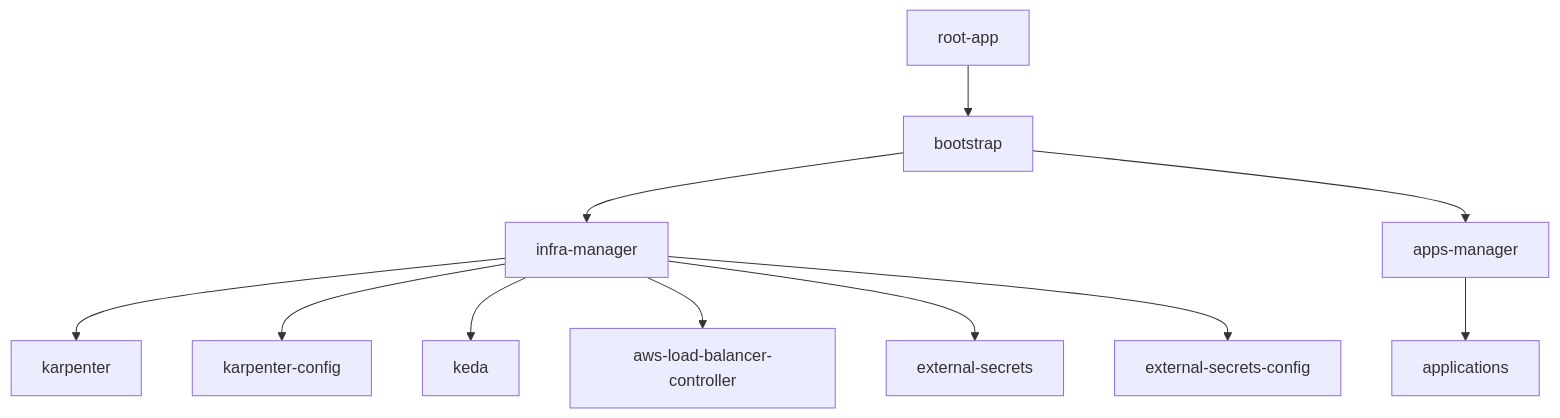
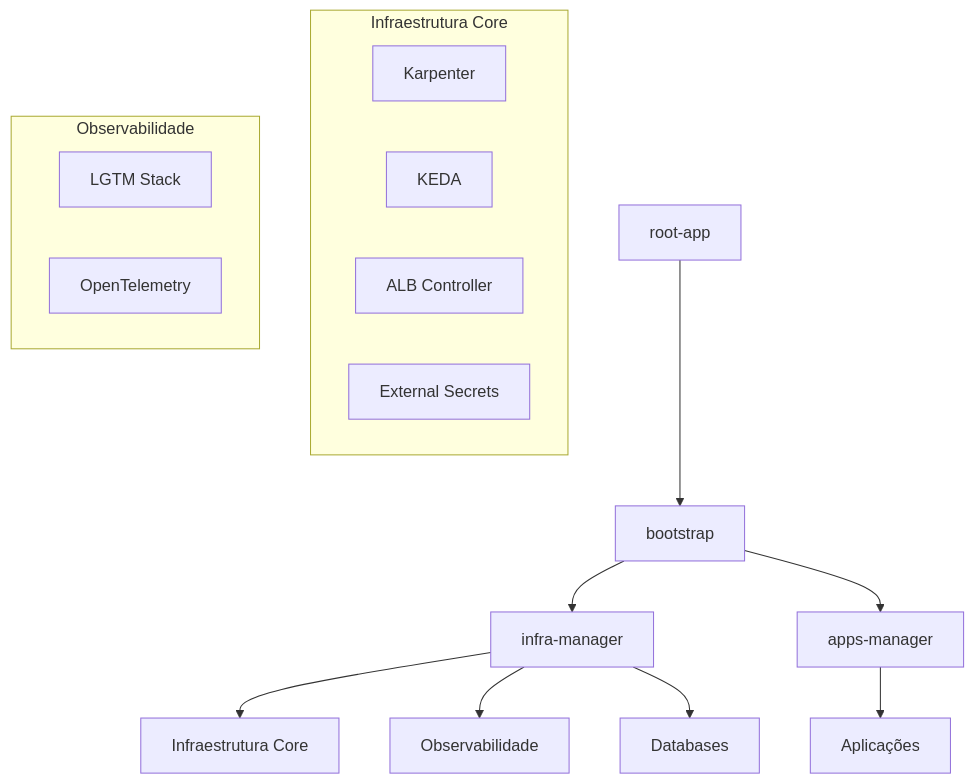
Before and after one commit to org-sam/infra-gitops: the diagram in README.md, drawn with Mermaid. The commit also changed other lines of this file, not shown here.

````diff
--- a/README.md
+++ b/README.md
@@ -34,13 +18,18 @@
 ```mermaid
 graph TD
     A[root-app] --> B[bootstrap]
     B --> C[infra-manager]
     B --> D[apps-manager]
-    C --> E[karpenter]
-    C --> F[karpenter-config]
-    C --> G[keda]
-    C --> H[aws-load-balancer-controller]
-    C --> I[external-secrets]
-    C --> J[external-secrets-config]
-    D --> L[applications]
+    C --> E[Infraestrutura Core]
+    C --> F[Observabilidade]
+    C --> G[Databases]
+    D --> H[Aplicações]
+
+    subgraph "Infraestrutura Core"
+    E1[Karpenter] & E2[KEDA] & E3[ALB Controller] & E4[External Secrets]
+    end
+
+    subgraph "Observabilidade"
+    F1[LGTM Stack] & F2[OpenTelemetry]
+    end
 ```
````
